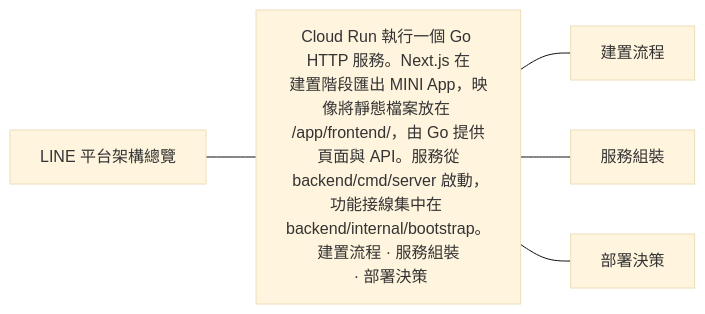
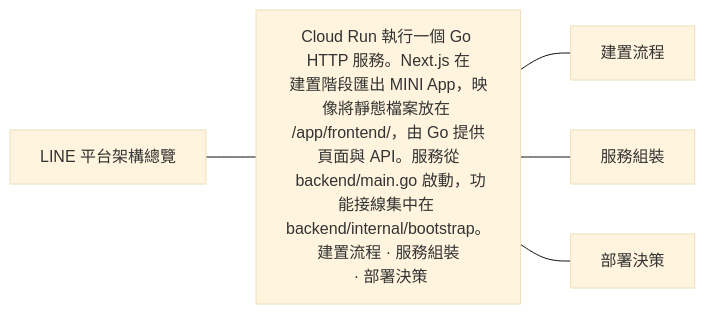
Before and after one commit to 963sup/line-mini-app-bot: the first of 5 diagrams in docs/architecture/runtime/overview.md, drawn with Mermaid (base theme). The commit also changed 58 other files, not shown here.

````diff
--- a/docs/architecture/runtime/overview.md
+++ b/docs/architecture/runtime/overview.md
@@ -5,11 +5,11 @@
 ```mermaid
 flowchart LR
   h["LINE 平台架構總覽"]
-  h --- n0["Cloud Run 執行一個 Go HTTP 服務。Next.js 在<br/>建置階段匯出 MINI App，映像將靜態檔案放在 <br/>/app/frontend/，由 Go 提供頁面與 API。服務從<br/> backend/cmd/server 啟動，功能接線集中在 <br/>backend/internal/bootstrap。建置流程 · 服務組裝<br/> · 部署決策"]
+  h --- n0["Cloud Run 執行一個 Go HTTP 服務。Next.js 在<br/>建置階段匯出 MINI App，映像將靜態檔案放在 <br/>/app/frontend/，由 Go 提供頁面與 API。服務從<br/> backend/main.go 啟動，功能接線集中在 <br/>backend/internal/bootstrap。建置流程 · 服務組裝<br/> · 部署決策"]
   n0 --- n0l0["建置流程"]
   click n0l0 "../../../Dockerfile"
   n0 --- n0l1["服務組裝"]
   click n0l1 "../../../backend/internal/bootstrap/server.go"
   n0 --- n0l2["部署決策"]
   click n0l2 "../../decisions/0003-cloud-run-primary.md"
 ```
````
